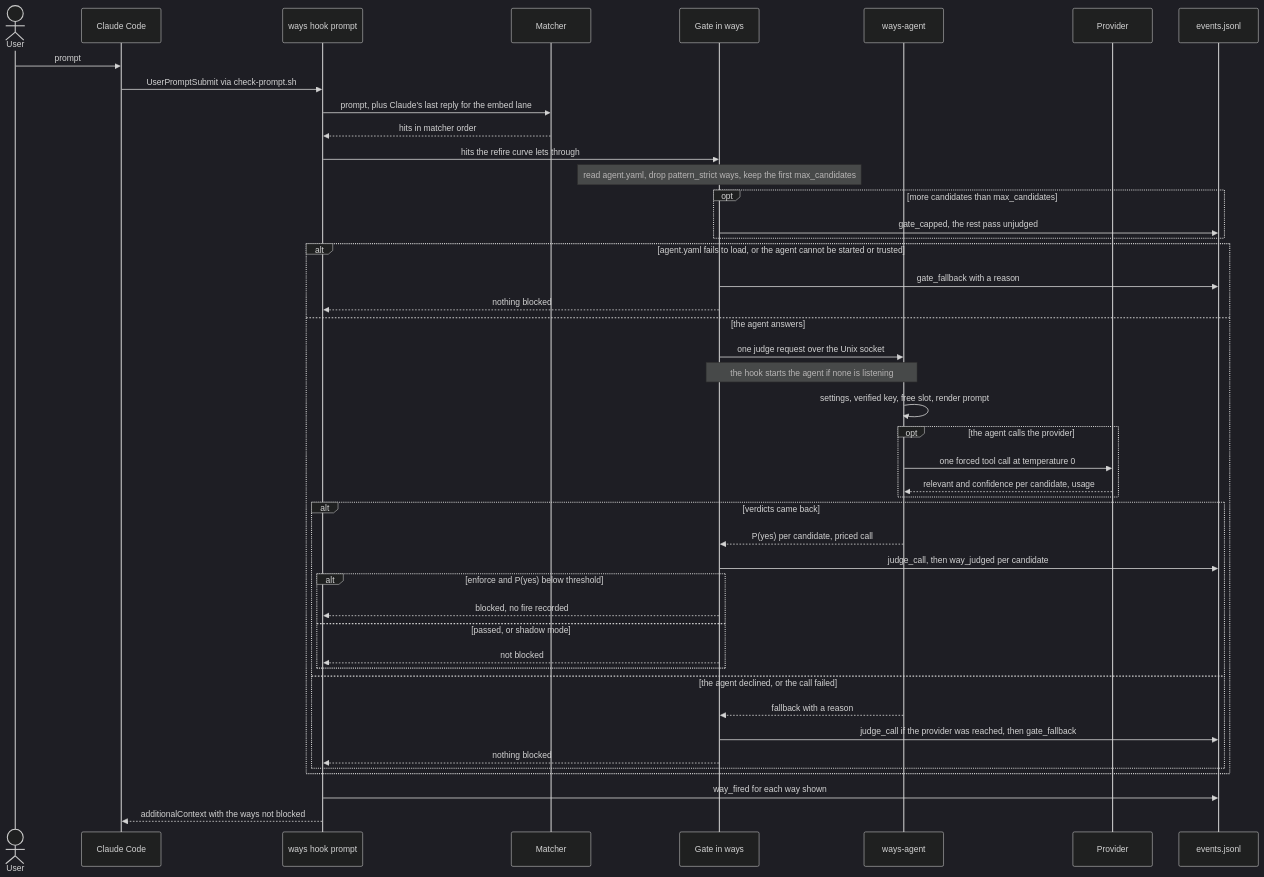
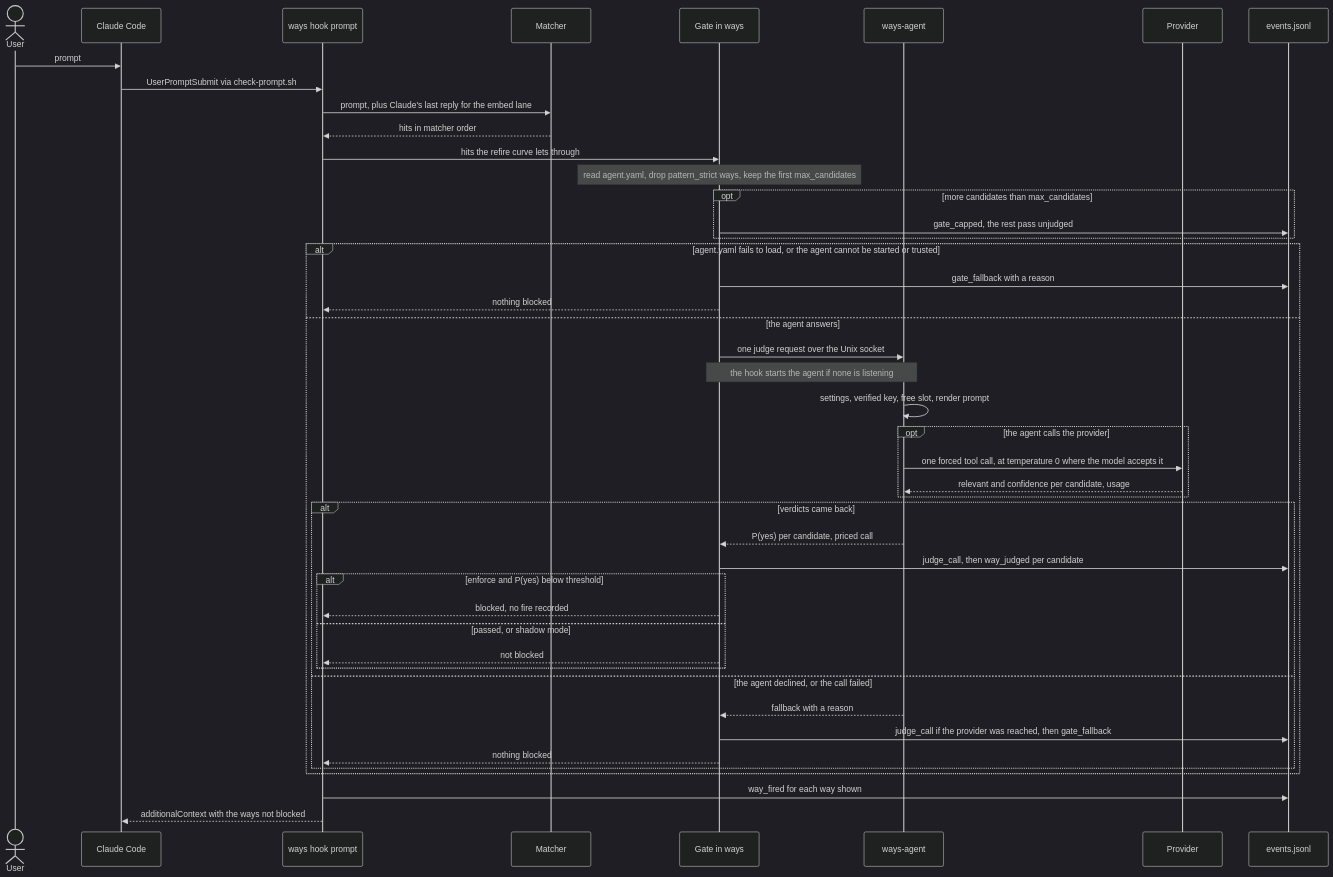
One commit to aaronsb/agent-ways changed the diagram in docs/explanation/relevance-judge/relevance-judge-the-model.md. Above: the diagram before and after it, drawn with Mermaid (dark theme). The commit also changed other lines of this file and 7 other files, not shown here.

First line of the commit message:
fix(agent): gate sampling by minor version and reject models that refuse a forced tool call

````diff
--- a/docs/explanation/relevance-judge/relevance-judge-the-model.md
+++ b/docs/explanation/relevance-judge/relevance-judge-the-model.md
@@ -29,48 +29,48 @@
 ```mermaid
 sequenceDiagram
     actor U as User
     participant CC as Claude Code
     participant H as ways hook prompt
     participant M as Matcher
     participant G as Gate in ways
     participant A as ways-agent
     participant P as Provider
     participant L as events.jsonl
 
     U->>CC: prompt
     CC->>H: UserPromptSubmit via check-prompt.sh
     H->>M: prompt, plus Claude's last reply for the embed lane
     M-->>H: hits in matcher order
     H->>G: hits the refire curve lets through
     Note over G: read agent.yaml, drop pattern_strict ways, keep the first max_candidates
     opt more candidates than max_candidates
         G->>L: gate_capped, the rest pass unjudged
     end
     alt agent.yaml fails to load, or the agent cannot be started or trusted
         G->>L: gate_fallback with a reason
         G-->>H: nothing blocked
     else the agent answers
         G->>A: one judge request over the Unix socket
         Note over G,A: the hook starts the agent if none is listening
         A->>A: settings, verified key, free slot, render prompt
         opt the agent calls the provider
-            A->>P: one forced tool call at temperature 0
+            A->>P: one forced tool call, at temperature 0 where the model accepts it
             P-->>A: relevant and confidence per candidate, usage
         end
         alt verdicts came back
             A-->>G: P(yes) per candidate, priced call
             G->>L: judge_call, then way_judged per candidate
             alt enforce and P(yes) below threshold
                 G-->>H: blocked, no fire recorded
             else passed, or shadow mode
                 G-->>H: not blocked
             end
         else the agent declined, or the call failed
             A-->>G: fallback with a reason
             G->>L: judge_call if the provider was reached, then gate_fallback
             G-->>H: nothing blocked
         end
     end
     H->>L: way_fired for each way shown
     H-->>CC: additionalContext with the ways not blocked
 ```
````
